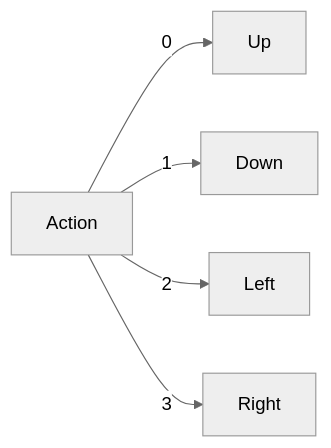
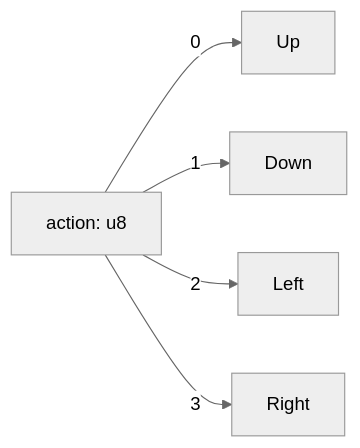
One commit to Evintkoo/2048-ml changed the diagram in plans/04-Actions/01-Action/02-action-encoding.md. Above: the diagram before and after it, drawn with Mermaid (neutral theme). The commit also changed other lines of this file and 94 other files, not shown here.

````diff
--- a/plans/04-Actions/01-Action/02-action-encoding.md
+++ b/plans/04-Actions/01-Action/02-action-encoding.md
@@ -11,7 +15,7 @@
 ```mermaid
 flowchart LR
-    A["Action"] -->|0| B["Up"]
+    A["action: u8"] -->|0| B["Up"]
     A -->|1| C["Down"]
     A -->|2| D["Left"]
     A -->|3| E["Right"]
 ```
````
